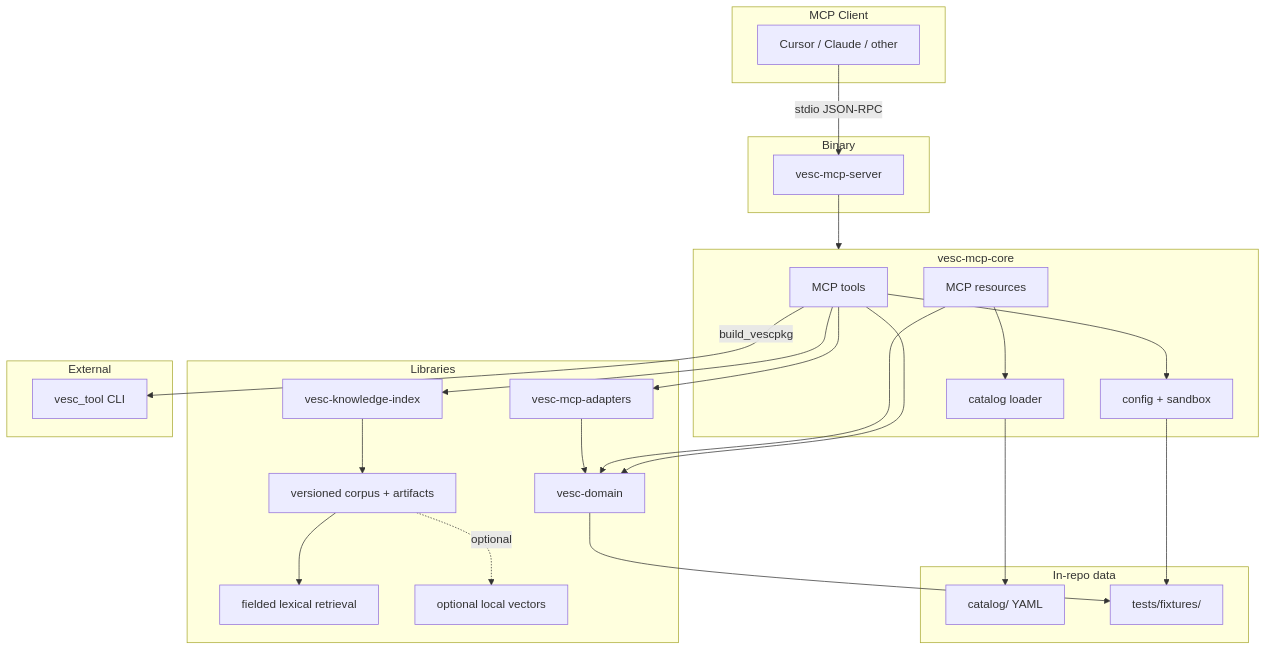
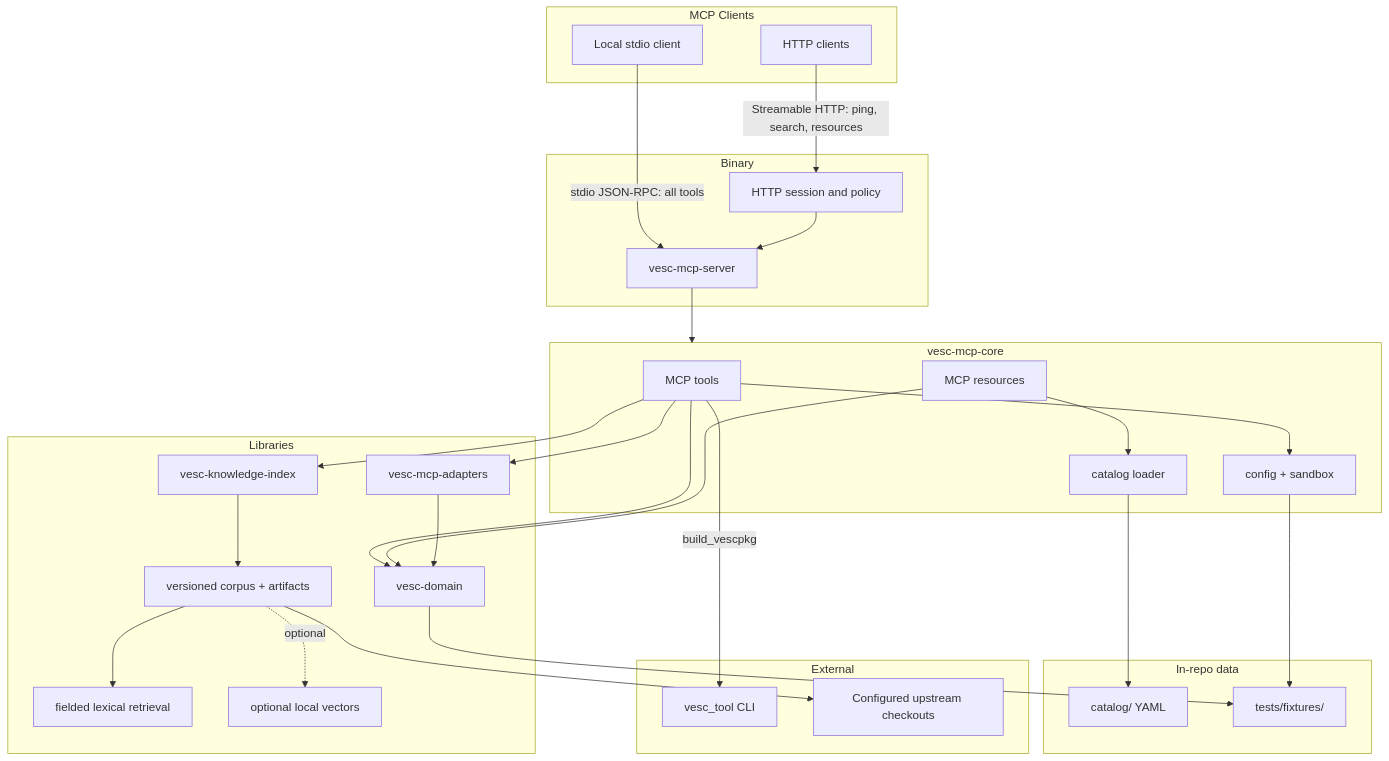
Before and after one commit to mjc/vesc-mcp: the first of 3 diagrams in docs/architecture.md, drawn with Mermaid. The commit also changed other lines of this file and 12 other files, not shown here.

````diff
--- a/docs/architecture.md
+++ b/docs/architecture.md
@@ -7,52 +10,58 @@
 ```mermaid
 flowchart TB
-  subgraph client [MCP Client]
-    IDE[Cursor / Claude / other]
+  subgraph clients [MCP Clients]
+    LOCAL[Local stdio client]
+    REMOTE[HTTP clients]
   end
 
   subgraph server_bin [Binary]
     SRV[vesc-mcp-server]
+    HTTP[HTTP session and policy]
   end
 
   subgraph core [vesc-mcp-core]
     TOOLS[MCP tools]
     RES[MCP resources]
     CFG[config + sandbox]
     CAT[catalog loader]
   end
 
   subgraph libs [Libraries]
     DOM[vesc-domain]
     ADP[vesc-mcp-adapters]
     IDX[vesc-knowledge-index]
     CORPUS[versioned corpus + artifacts]
     LEX[fielded lexical retrieval]
     SEM[optional local vectors]
   end
 
   subgraph external [External]
     VTOOL[vesc_tool CLI]
+    UPSTREAM[Configured upstream checkouts]
   end
 
   subgraph data [In-repo data]
     CATALOG[catalog/ YAML]
     FIX[tests/fixtures/]
   end
 
-  IDE -->|stdio JSON-RPC| SRV
+  LOCAL -->|stdio JSON-RPC: all tools| SRV
+  REMOTE -->|Streamable HTTP: ping, search, resources| HTTP
+  HTTP --> SRV
   SRV --> core
   TOOLS --> DOM
   TOOLS --> ADP
   TOOLS --> IDX
   IDX --> CORPUS
   CORPUS --> LEX
   CORPUS -. optional .-> SEM
   TOOLS --> CFG
   RES --> CAT
   RES --> DOM
   CAT --> CATALOG
   ADP --> DOM
   TOOLS -->|build_vescpkg| VTOOL
+  CORPUS --> UPSTREAM
   CFG --> FIX
   DOM --> FIX
 ```
````
